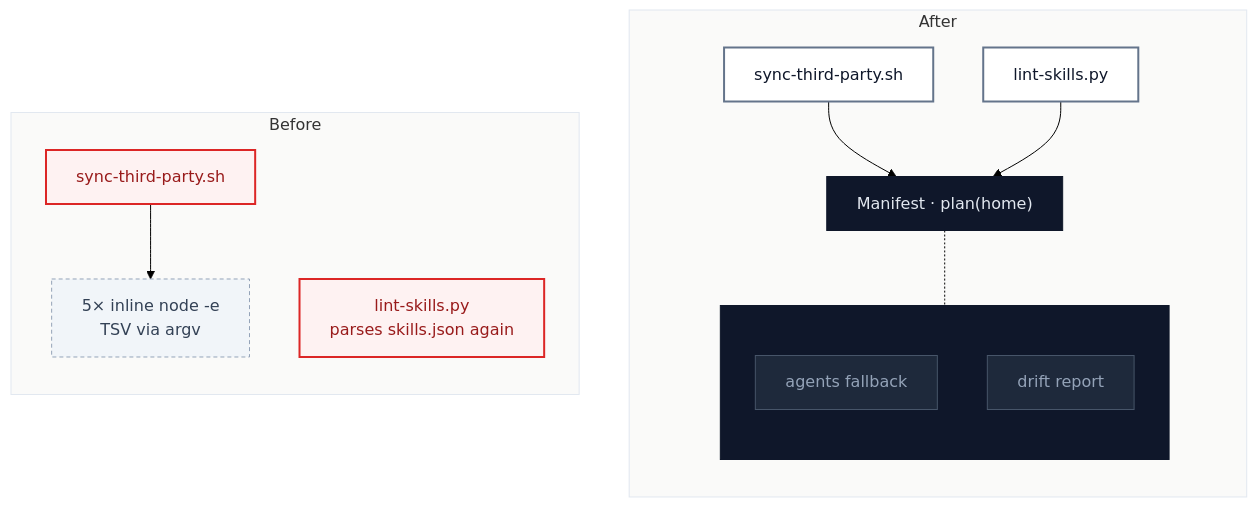
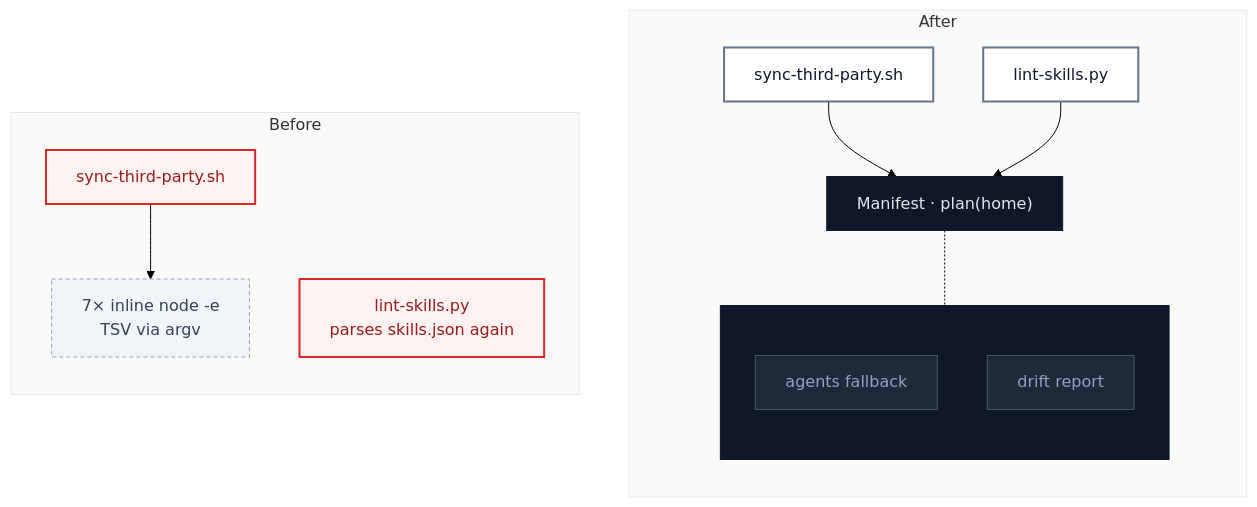
Before and after one commit to simonsteiner/skills: the fifth of 6 diagrams in docs/arch-review/2026-10-08-tooling.md, drawn with Mermaid (forest theme). The commit also changed other lines of this file and 1 other file, not shown here.

````diff
--- a/docs/arch-review/2026-10-08-tooling.md
+++ b/docs/arch-review/2026-10-08-tooling.md
@@ -185,30 +185,30 @@
 ```mermaid
 flowchart LR
   subgraph before["Before"]
     direction TB
     S1["sync-third-party.sh"]:::leak
-    N1["5× inline node -e<br>TSV via argv"]:::shallow
+    N1["7× inline node -e<br>TSV via argv"]:::shallow
     P1["lint-skills.py<br>parses skills.json again"]:::leak
     S1 --> N1
   end
   subgraph after["After"]
     direction TB
     S2["sync-third-party.sh"]:::module --> M2["Manifest · plan(home)"]:::deep
     P2["lint-skills.py"]:::module --> M2
     subgraph deepmod[" "]
       direction TB
       F2["agents fallback"]:::faded
       D2["drift report"]:::faded
     end
     M2 -.- deepmod
   end
   before ~~~ after
   classDef module fill:#ffffff,stroke:#64748b,stroke-width:2px,color:#0f172a
   classDef shallow fill:#f1f5f9,stroke:#94a3b8,stroke-dasharray:4 3,color:#334155
   classDef deep fill:#0f172a,stroke:#0f172a,color:#e2e8f0
   classDef faded fill:#1e293b,stroke:#475569,color:#94a3b8
   classDef leak fill:#fef2f2,stroke:#dc2626,stroke-width:2px,color:#991b1b
   style deepmod fill:#0f172a,stroke:#0f172a
   style before fill:#fafaf9,stroke:#e2e8f0
   style after fill:#fafaf9,stroke:#e2e8f0
 ```
````
